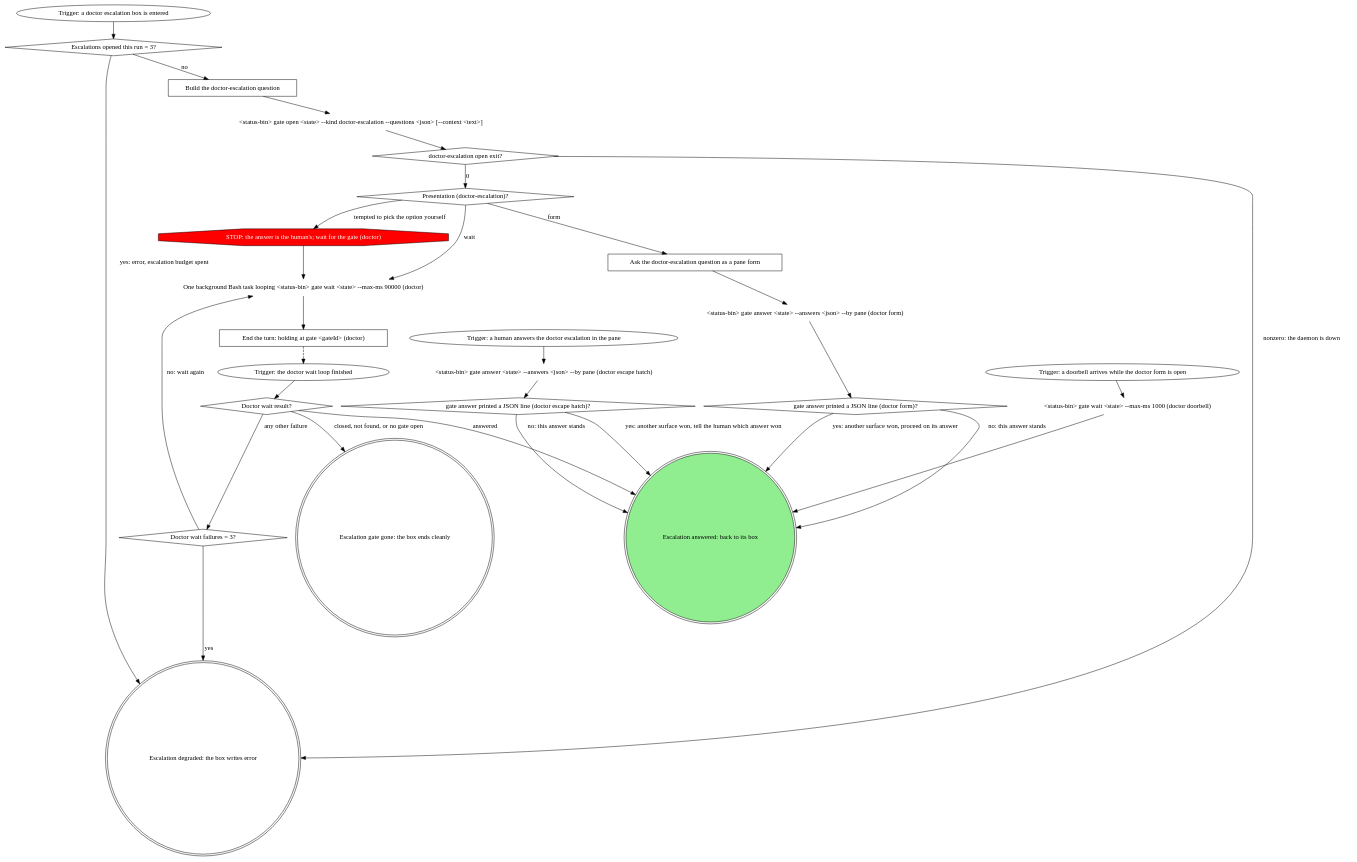
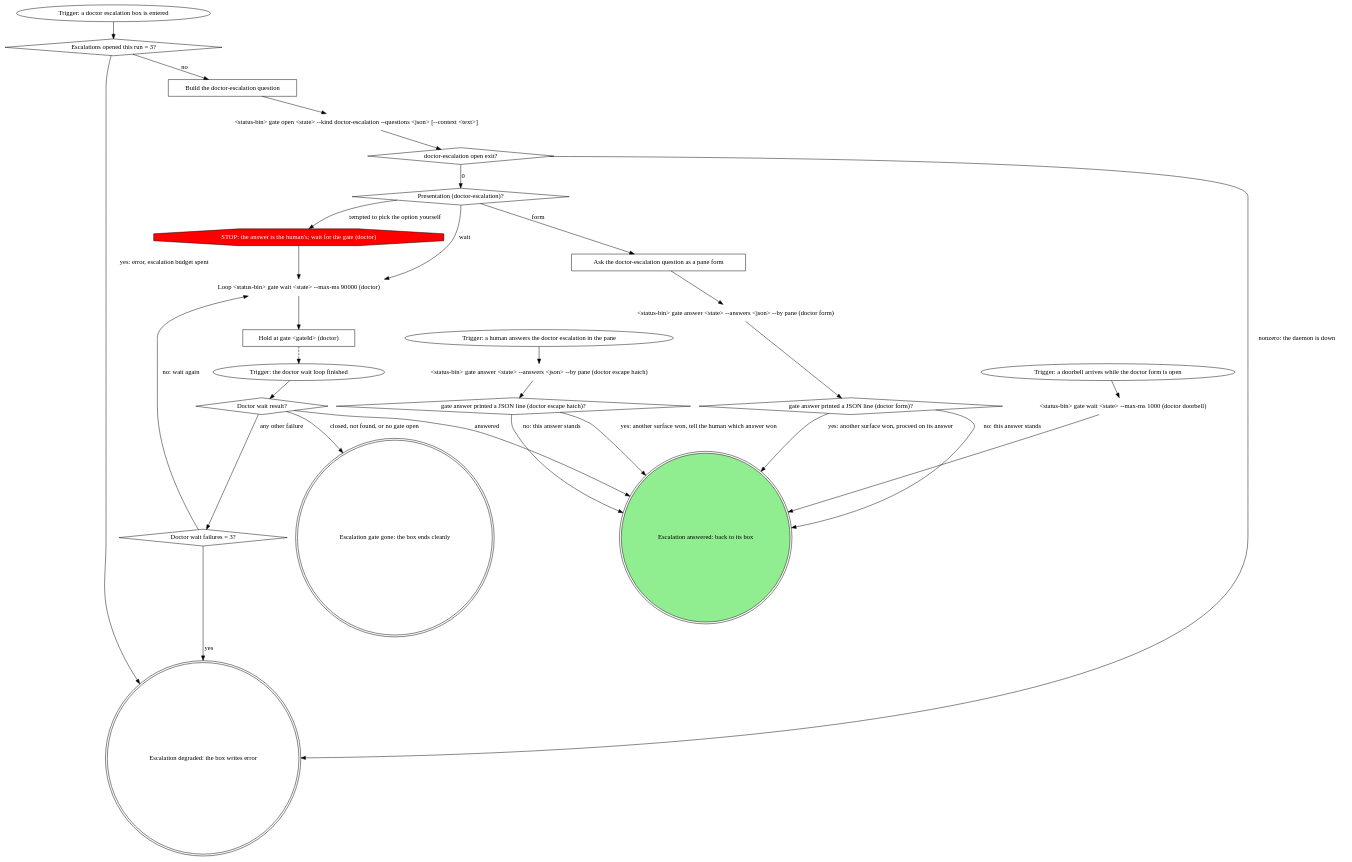
Before and after one commit to m4ttstack/mattstack: the second of 2 diagrams in apps/board/skills-src/doctor/SKILL.md, drawn with Graphviz. The commit also changed other lines of this file and 50 other files, not shown here.

````diff
--- a/apps/board/skills-src/doctor/SKILL.md
+++ b/apps/board/skills-src/doctor/SKILL.md
@@ -214,59 +216,59 @@
 ```dot
 digraph doctor_escalation_step {
     rankdir=TB;
 
     "Trigger: a doctor escalation box is entered" [shape=ellipse];
     "Escalations opened this run = 3?" [shape=diamond];
     "Build the doctor-escalation question" [shape=box];
     "<status-bin> gate open <state> --kind doctor-escalation --questions <json> [--context <text>]" [shape=plaintext];
     "doctor-escalation open exit?" [shape=diamond];
     "Presentation (doctor-escalation)?" [shape=diamond];
     "STOP: the answer is the human's; wait for the gate (doctor)" [shape=octagon style=filled fillcolor=red fontcolor=white];
     "Ask the doctor-escalation question as a pane form" [shape=box];
     "<status-bin> gate answer <state> --answers <json> --by pane (doctor form)" [shape=plaintext];
     "gate answer printed a JSON line (doctor form)?" [shape=diamond];
     "Trigger: a doorbell arrives while the doctor form is open" [shape=ellipse];
     "<status-bin> gate wait <state> --max-ms 1000 (doctor doorbell)" [shape=plaintext];
-    "One background Bash task looping <status-bin> gate wait <state> --max-ms 90000 (doctor)" [shape=plaintext];
-    "End the turn: holding at gate <gateId> (doctor)" [shape=box];
+    "Loop <status-bin> gate wait <state> --max-ms 90000 (doctor)" [shape=plaintext];
+    "Hold at gate <gateId> (doctor)" [shape=box];
     "Trigger: the doctor wait loop finished" [shape=ellipse];
     "Doctor wait result?" [shape=diamond];
     "Doctor wait failures = 3?" [shape=diamond];
     "Trigger: a human answers the doctor escalation in the pane" [shape=ellipse];
     "<status-bin> gate answer <state> --answers <json> --by pane (doctor escape hatch)" [shape=plaintext];
     "gate answer printed a JSON line (doctor escape hatch)?" [shape=diamond];
     "Escalation degraded: the box writes error" [shape=doublecircle];
     "Escalation gate gone: the box ends cleanly" [shape=doublecircle];
     "Escalation answered: back to its box" [shape=doublecircle style=filled fillcolor=lightgreen];
 
     "Trigger: a doctor escalation box is entered" -> "Escalations opened this run = 3?";
     "Escalations opened this run = 3?" -> "Escalation degraded: the box writes error" [label="yes: error, escalation budget spent"];
     "Escalations opened this run = 3?" -> "Build the doctor-escalation question" [label="no"];
     "Build the doctor-escalation question" -> "<status-bin> gate open <state> --kind doctor-escalation --questions <json> [--context <text>]";
     "<status-bin> gate open <state> --kind doctor-escalation --questions <json> [--context <text>]" -> "doctor-escalation open exit?";
     "doctor-escalation open exit?" -> "Presentation (doctor-escalation)?" [label="0"];
     "doctor-escalation open exit?" -> "Escalation degraded: the box writes error" [label="nonzero: the daemon is down"];
     "Presentation (doctor-escalation)?" -> "Ask the doctor-escalation question as a pane form" [label="form"];
-    "Presentation (doctor-escalation)?" -> "One background Bash task looping <status-bin> gate wait <state> --max-ms 90000 (doctor)" [label="wait"];
+    "Presentation (doctor-escalation)?" -> "Loop <status-bin> gate wait <state> --max-ms 90000 (doctor)" [label="wait"];
     "Presentation (doctor-escalation)?" -> "STOP: the answer is the human's; wait for the gate (doctor)" [label="tempted to pick the option yourself"];
-    "STOP: the answer is the human's; wait for the gate (doctor)" -> "One background Bash task looping <status-bin> gate wait <state> --max-ms 90000 (doctor)";
+    "STOP: the answer is the human's; wait for the gate (doctor)" -> "Loop <status-bin> gate wait <state> --max-ms 90000 (doctor)";
     "Ask the doctor-escalation question as a pane form" -> "<status-bin> gate answer <state> --answers <json> --by pane (doctor form)";
     "<status-bin> gate answer <state> --answers <json> --by pane (doctor form)" -> "gate answer printed a JSON line (doctor form)?";
     "gate answer printed a JSON line (doctor form)?" -> "Escalation answered: back to its box" [label="no: this answer stands"];
     "gate answer printed a JSON line (doctor form)?" -> "Escalation answered: back to its box" [label="yes: another surface won, proceed on its answer"];
     "Trigger: a doorbell arrives while the doctor form is open" -> "<status-bin> gate wait <state> --max-ms 1000 (doctor doorbell)";
     "<status-bin> gate wait <state> --max-ms 1000 (doctor doorbell)" -> "Escalation answered: back to its box";
-    "One background Bash task looping <status-bin> gate wait <state> --max-ms 90000 (doctor)" -> "End the turn: holding at gate <gateId> (doctor)";
-    "End the turn: holding at gate <gateId> (doctor)" -> "Trigger: the doctor wait loop finished" [style=dashed];
+    "Loop <status-bin> gate wait <state> --max-ms 90000 (doctor)" -> "Hold at gate <gateId> (doctor)";
+    "Hold at gate <gateId> (doctor)" -> "Trigger: the doctor wait loop finished" [style=dashed];
     "Trigger: the doctor wait loop finished" -> "Doctor wait result?";
     "Doctor wait result?" -> "Escalation answered: back to its box" [label="answered"];
     "Doctor wait result?" -> "Escalation gate gone: the box ends cleanly" [label="closed, not found, or no gate open"];
     "Doctor wait result?" -> "Doctor wait failures = 3?" [label="any other failure"];
-    "Doctor wait failures = 3?" -> "One background Bash task looping <status-bin> gate wait <state> --max-ms 90000 (doctor)" [label="no: wait again"];
+    "Doctor wait failures = 3?" -> "Loop <status-bin> gate wait <state> --max-ms 90000 (doctor)" [label="no: wait again"];
     "Doctor wait failures = 3?" -> "Escalation degraded: the box writes error" [label="yes"];
     "Trigger: a human answers the doctor escalation in the pane" -> "<status-bin> gate answer <state> --answers <json> --by pane (doctor escape hatch)";
     "<status-bin> gate answer <state> --answers <json> --by pane (doctor escape hatch)" -> "gate answer printed a JSON line (doctor escape hatch)?";
     "gate answer printed a JSON line (doctor escape hatch)?" -> "Escalation answered: back to its box" [label="no: this answer stands"];
     "gate answer printed a JSON line (doctor escape hatch)?" -> "Escalation answered: back to its box" [label="yes: another surface won, tell the human which answer won"];
 }
 ```
````
